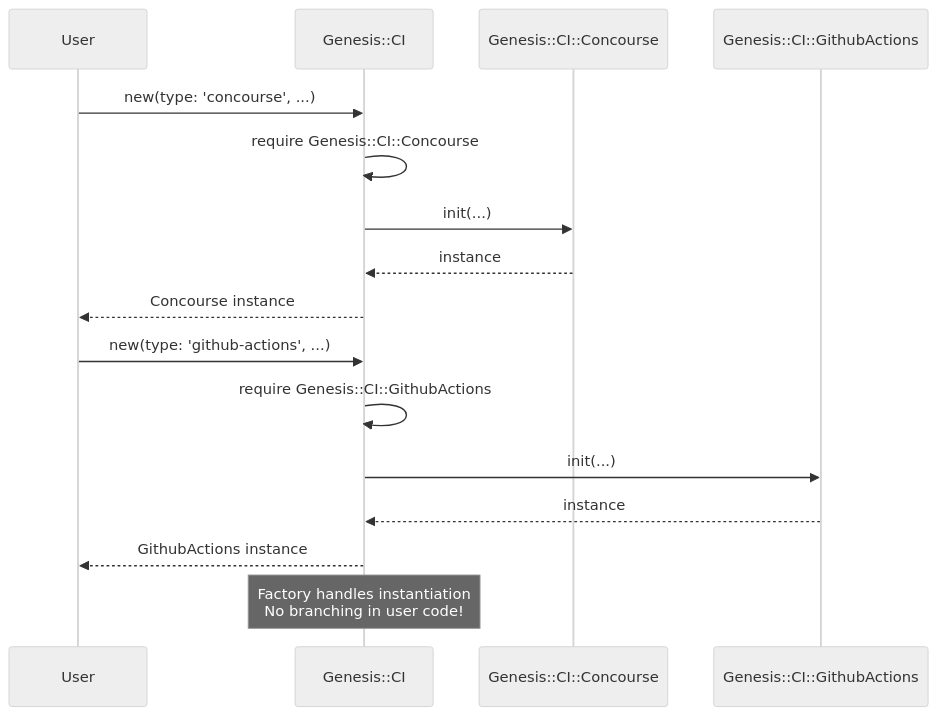
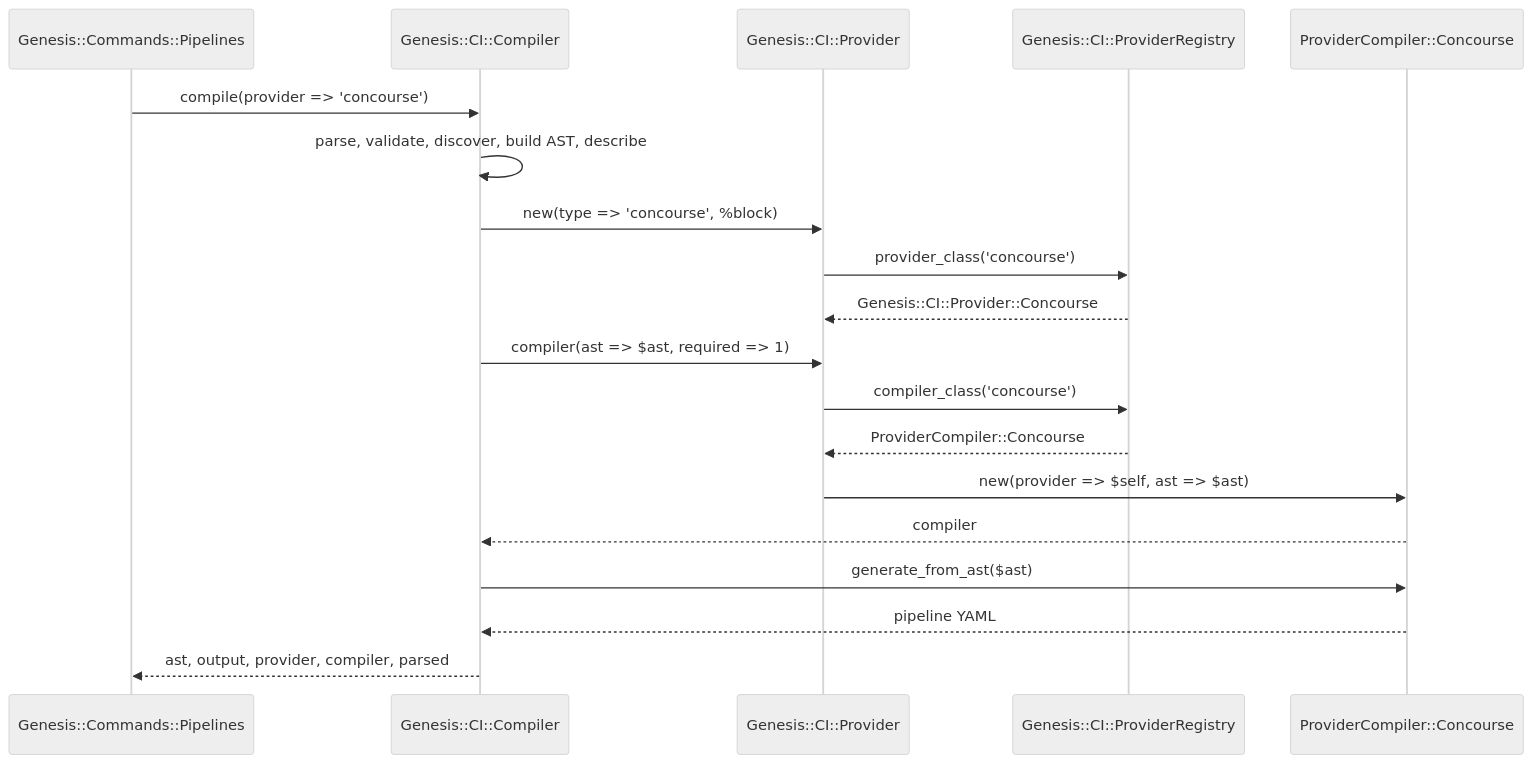
Before and after one commit to RubidiumStudios/genesis: the second of 2 diagrams in lib/Genesis/CI/Compiler/README.md, drawn with Mermaid (neutral theme). The commit also changed other lines of this file and 6 other files, not shown here.

````diff
--- a/lib/Genesis/CI/Compiler/README.md
+++ b/lib/Genesis/CI/Compiler/README.md
@@ -257,21 +112,22 @@
 ```mermaid
 sequenceDiagram
-    participant User
-    participant Factory as Genesis::CI
-    participant Concourse as Genesis::CI::Concourse
-    participant GHA as Genesis::CI::GithubActions
-    
-    User->>Factory: new(type: 'concourse', ...)
-    Factory->>Factory: require Genesis::CI::Concourse
-    Factory->>Concourse: init(...)
-    Concourse-->>Factory: instance
-    Factory-->>User: Concourse instance
-    
-    User->>Factory: new(type: 'github-actions', ...)
-    Factory->>Factory: require Genesis::CI::GithubActions
-    Factory->>GHA: init(...)
-    GHA-->>Factory: instance
-    Factory-->>User: GithubActions instance
-    
-    Note over Factory: Factory handles instantiation<br/>No branching in user code!
+    participant Cmd as Genesis::Commands::Pipelines
+    participant Comp as Genesis::CI::Compiler
+    participant Prov as Genesis::CI::Provider
+    participant Reg as Genesis::CI::ProviderRegistry
+    participant PC as ProviderCompiler::Concourse
+
+    Cmd->>Comp: compile(provider => 'concourse')
+    Comp->>Comp: parse, validate, discover, build AST, describe
+    Comp->>Prov: new(type => 'concourse', %block)
+    Prov->>Reg: provider_class('concourse')
+    Reg-->>Prov: Genesis::CI::Provider::Concourse
+    Comp->>Prov: compiler(ast => $ast, required => 1)
+    Prov->>Reg: compiler_class('concourse')
+    Reg-->>Prov: ProviderCompiler::Concourse
+    Prov->>PC: new(provider => $self, ast => $ast)
+    PC-->>Comp: compiler
+    Comp->>PC: generate_from_ast($ast)
+    PC-->>Comp: pipeline YAML
+    Comp-->>Cmd: ast, output, provider, compiler, parsed
 ```
````
